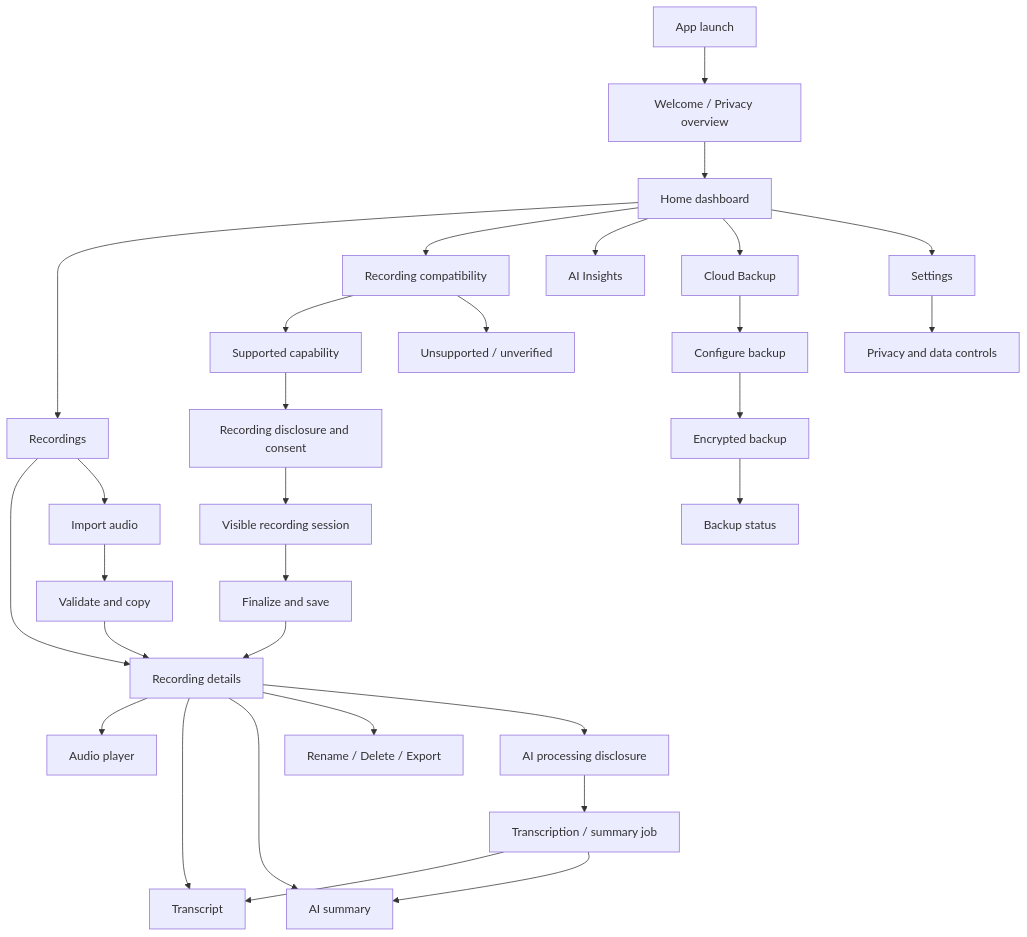
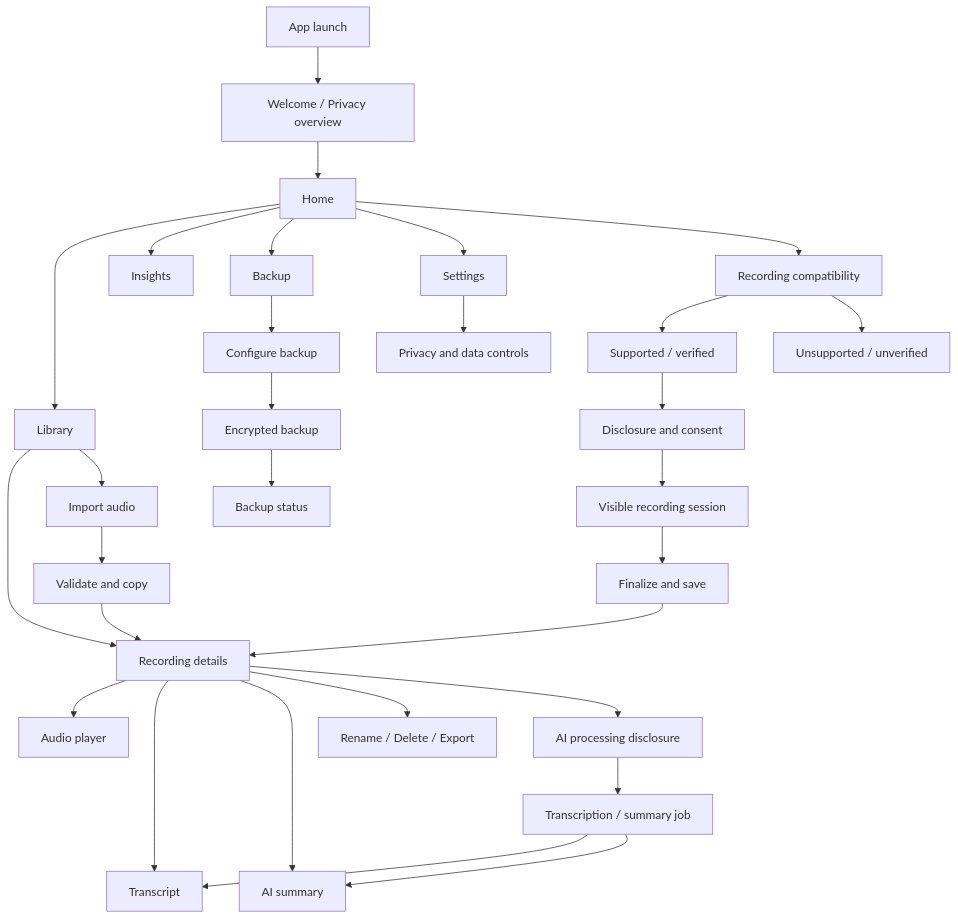
The diagram in appflow.md (HarshVDubey/CallVault), drawn with Mermaid before and after one commit. The commit also changed other lines of this file, not shown here.

````diff
--- a/appflow.md
+++ b/appflow.md
@@ -9,38 +10,32 @@
 ```mermaid
 flowchart TD
   SPLASH["App launch"] --> ONBOARD["Welcome / Privacy overview"]
-  ONBOARD --> HOME["Home dashboard"]
-
-  HOME --> LIB["Recordings"]
+  ONBOARD --> HOME["Home"]
+  HOME --> LIB["Library"]
+  HOME --> INS["Insights"]
+  HOME --> BACK["Backup"]
+  HOME --> SET["Settings"]
   HOME --> CAP["Recording compatibility"]
-  HOME --> INS["AI Insights"]
-  HOME --> BACK["Cloud Backup"]
-  HOME --> SET["Settings"]
-
   LIB --> DETAIL["Recording details"]
   DETAIL --> PLAYER["Audio player"]
   DETAIL --> TRANS["Transcript"]
   DETAIL --> SUMMARY["AI summary"]
   DETAIL --> ACTIONS["Rename / Delete / Export"]
-
-  CAP --> SUPPORTED["Supported capability"]
+  LIB --> IMPORT["Import audio"]
+  IMPORT --> VALIDATE["Validate and copy"]
+  VALIDATE --> DETAIL
+  CAP --> SUPPORTED["Supported / verified"]
   CAP --> UNSUPPORTED["Unsupported / unverified"]
-  SUPPORTED --> CONSENT["Recording disclosure and consent"]
+  SUPPORTED --> CONSENT["Disclosure and consent"]
   CONSENT --> RECORD["Visible recording session"]
   RECORD --> SAVE["Finalize and save"]
   SAVE --> DETAIL
-
-  LIB --> IMPORT["Import audio"]
-  IMPORT --> VALIDATE["Validate and copy"]
-  VALIDATE --> DETAIL
-
   DETAIL --> AI_CONFIRM["AI processing disclosure"]
   AI_CONFIRM --> AI_JOB["Transcription / summary job"]
   AI_JOB --> TRANS
   AI_JOB --> SUMMARY
-
   BACK --> CONFIG["Configure backup"]
   CONFIG --> BACKUP["Encrypted backup"]
   BACKUP --> STATUS["Backup status"]
   SET --> PRIVACY["Privacy and data controls"]
 ```
````
